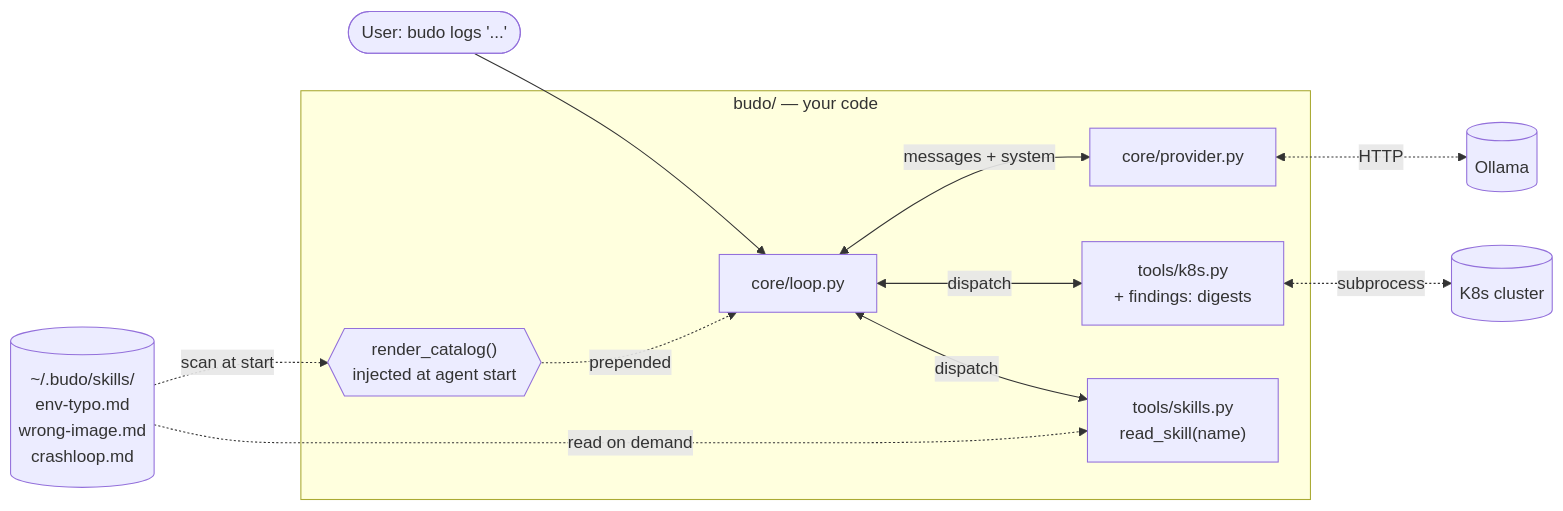
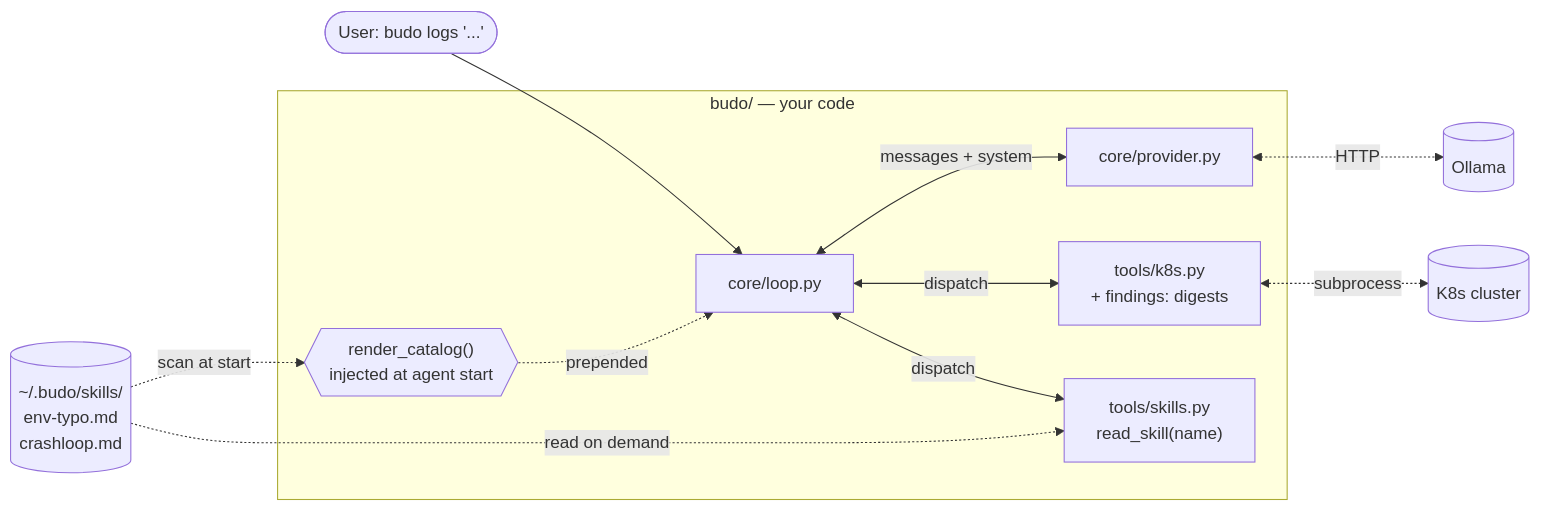
The diagram in site/src/content/docs/ch02-skills.md (thapakazi/learn-agents), drawn with Mermaid before and after one commit. The commit also changed other lines of this file and 2 other files, not shown here.

````diff
--- a/site/src/content/docs/ch02-skills.md
+++ b/site/src/content/docs/ch02-skills.md
@@ -47,23 +77,23 @@
 ```mermaid
 flowchart LR
     User([User: budo logs '...']) --> Loop
 
     subgraph budo["budo/ — your code"]
         Loop[core/loop.py]
         Provider[core/provider.py]
         Tools["tools/k8s.py<br/>+ findings: digests"]
         SkillLoader["tools/skills.py<br/>read_skill(name)"]
         Catalog{{"render_catalog()<br/>injected at agent start"}}
 
         Loop <-->|messages + system| Provider
         Loop <-->|dispatch| Tools
         Loop <-->|dispatch| SkillLoader
         Catalog -.->|prepended| Loop
     end
 
-    SkillsDir[("~/.budo/skills/<br/>env-typo.md<br/>wrong-image.md<br/>crashloop.md")] -.scan at start.-> Catalog
+    SkillsDir[("~/.budo/skills/<br/>env-typo.md<br/>crashloop.md")] -.scan at start.-> Catalog
     SkillsDir -.read on demand.-> SkillLoader
 
     Provider <-.HTTP.-> Ollama[(Ollama)]
     Tools <-.subprocess.-> Cluster[(K8s cluster)]
 ```
````
